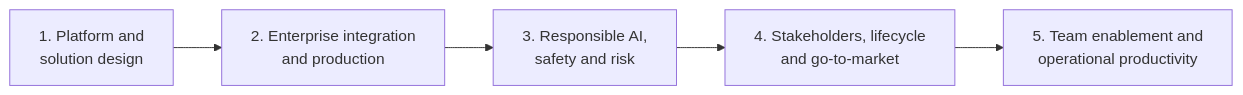
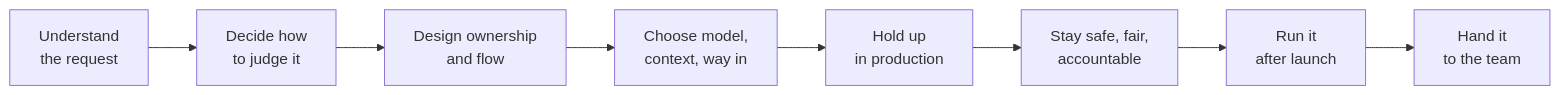
The diagram in src/content/blog/from_request_to_running_system.md (locchh/blogs), drawn with Mermaid before and after one commit. The commit also changed other lines of this file, not shown here.

First line of the commit message:
docs(blog): reorder the architect post by project lifecycle

````diff
--- a/src/content/blog/from_request_to_running_system.md
+++ b/src/content/blog/from_request_to_running_system.md
@@ -14,7 +14,10 @@
 ```mermaid
 graph LR
-    P1["1. Platform and<br/>solution design"] --> P2["2. Enterprise integration<br/>and production"]
-    P2 --> P3["3. Responsible AI,<br/>safety and risk"]
-    P3 --> P4["4. Stakeholders, lifecycle<br/>and go-to-market"]
-    P4 --> P5["5. Team enablement and<br/>operational productivity"]
+    S1["Understand<br/>the request"] --> S2["Decide how<br/>to judge it"]
+    S2 --> S3["Design ownership<br/>and flow"]
+    S3 --> S4["Choose model,<br/>context, way in"]
+    S4 --> S5["Hold up<br/>in production"]
+    S5 --> S6["Stay safe, fair,<br/>accountable"]
+    S6 --> S7["Run it<br/>after launch"]
+    S7 --> S8["Hand it<br/>to the team"]
 ```
````
